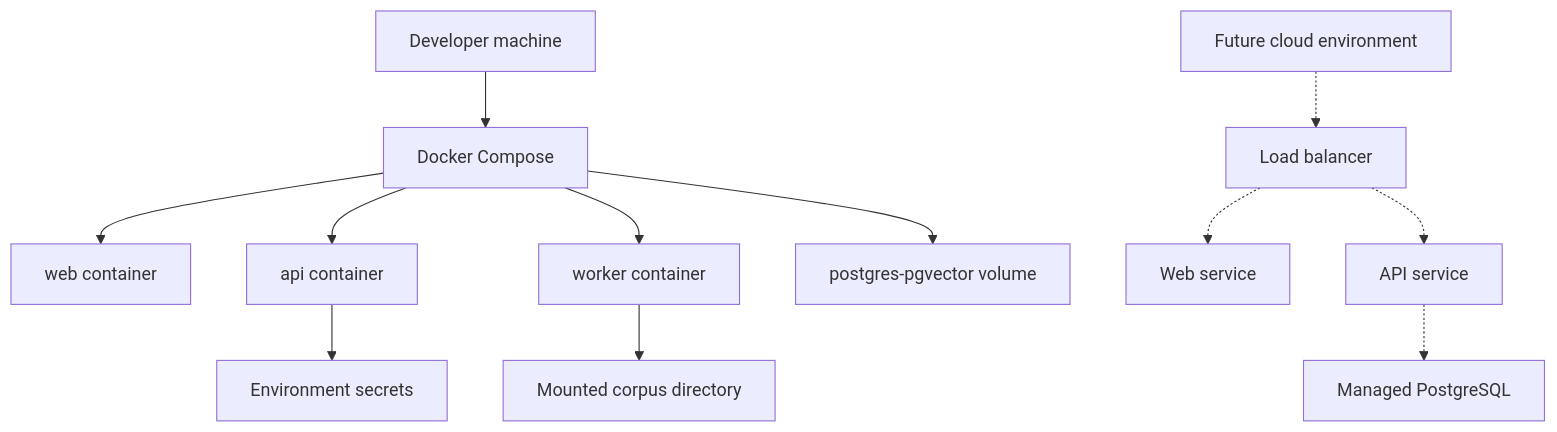
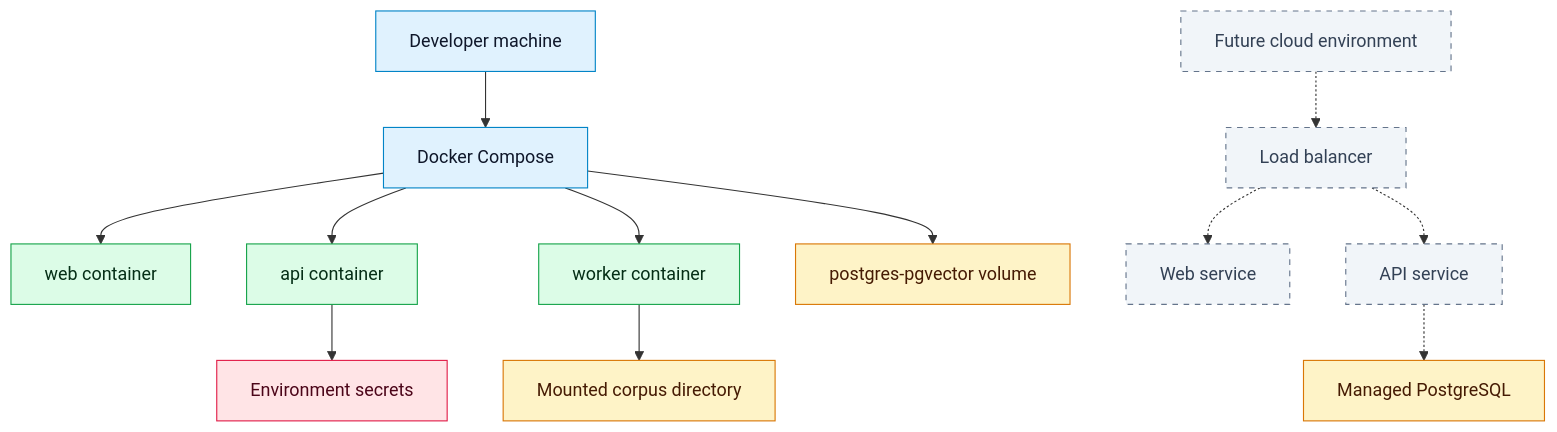
Before and after one commit to bluefate/spacebio-evidence-engine: the diagram in docs/architecture/DEPLOYMENT_ARCHITECTURE.md, drawn with Mermaid. The commit also changed 24 other files, not shown here.

````diff
--- a/docs/architecture/DEPLOYMENT_ARCHITECTURE.md
+++ b/docs/architecture/DEPLOYMENT_ARCHITECTURE.md
@@ -13,14 +13,26 @@
 ```mermaid
 flowchart TD
   Dev["Developer machine"] --> Compose["Docker Compose"]
   Compose --> Web["web container"]
   Compose --> API["api container"]
   Compose --> Worker["worker container"]
   Compose --> DB["postgres-pgvector volume"]
   API --> Env["Environment secrets"]
   Worker --> Corpus["Mounted corpus directory"]
   Cloud["Future cloud environment"] -.-> LB["Load balancer"]
   LB -.-> CloudWeb["Web service"]
   LB -.-> CloudAPI["API service"]
   CloudAPI -.-> ManagedDB["Managed PostgreSQL"]
+
+  classDef local fill:#E0F2FE,stroke:#0284C7,color:#0F172A
+  classDef service fill:#DCFCE7,stroke:#16A34A,color:#052E16
+  classDef data fill:#FEF3C7,stroke:#D97706,color:#451A03
+  classDef secret fill:#FFE4E6,stroke:#E11D48,color:#4C0519
+  classDef future fill:#F1F5F9,stroke:#64748B,stroke-dasharray: 5 5,color:#334155
+
+  class Dev,Compose local
+  class Web,API,Worker service
+  class DB,Corpus,ManagedDB data
+  class Env secret
+  class Cloud,LB,CloudWeb,CloudAPI future
 ```
````
